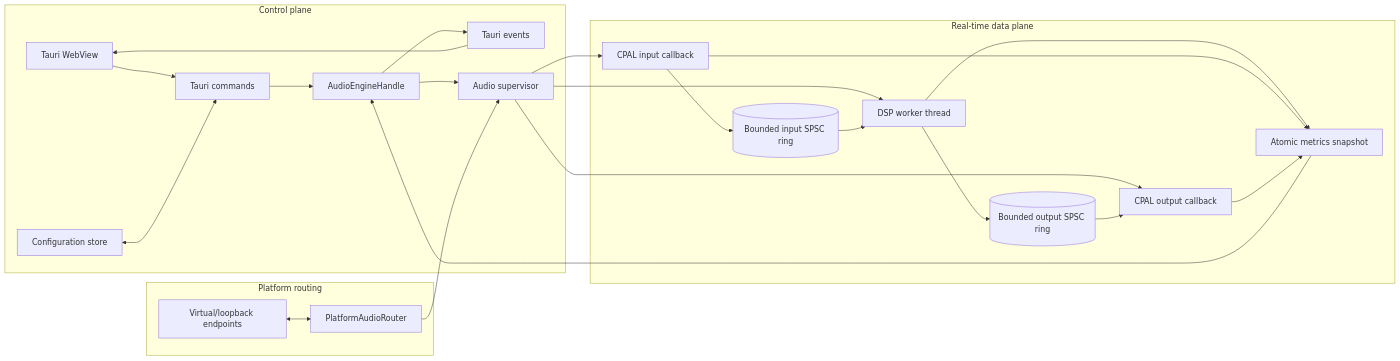
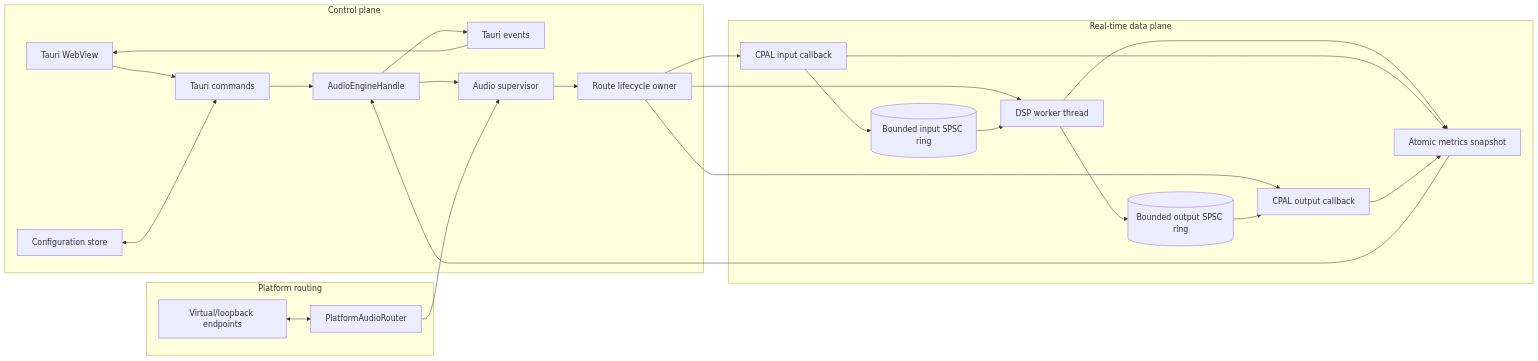
The first of 3 diagrams in docs/02_SYSTEM_ARCHITECTURE.md (OpenKrisp/OpenKrisp), drawn with Mermaid before and after one commit. The commit also changed other lines of this file and 41 other files, not shown here.

````diff
--- a/docs/02_SYSTEM_ARCHITECTURE.md
+++ b/docs/02_SYSTEM_ARCHITECTURE.md
@@ -14,47 +14,49 @@
 ```mermaid
 flowchart LR
     subgraph ControlPlane[Control plane]
         UI[Tauri WebView]
         CMD[Tauri commands]
         EVT[Tauri events]
         HANDLE[AudioEngineHandle]
         SUP[Audio supervisor]
+        OWNER[Route lifecycle owner]
         CONFIG[Configuration store]
     end
 
     subgraph DataPlane[Real-time data plane]
         IN[CPAL input callback]
         INQ[(Bounded input SPSC ring)]
         DSP[DSP worker thread]
         OUTQ[(Bounded output SPSC ring)]
         OUT[CPAL output callback]
         METRICS[Atomic metrics snapshot]
     end
 
     subgraph Platform[Platform routing]
         ROUTER[PlatformAudioRouter]
         VIRTUAL[Virtual/loopback endpoints]
     end
 
     UI --> CMD
     CMD --> HANDLE
     HANDLE --> SUP
-    SUP --> IN
-    SUP --> DSP
-    SUP --> OUT
+    SUP --> OWNER
+    OWNER --> IN
+    OWNER --> DSP
+    OWNER --> OUT
     CONFIG <--> CMD
 
     VIRTUAL <--> ROUTER
     ROUTER --> SUP
 
     IN --> INQ
     INQ --> DSP
     DSP --> OUTQ
     OUTQ --> OUT
     DSP --> METRICS
     IN --> METRICS
     OUT --> METRICS
     METRICS --> HANDLE
     HANDLE --> EVT
     EVT --> UI
 ```
````
